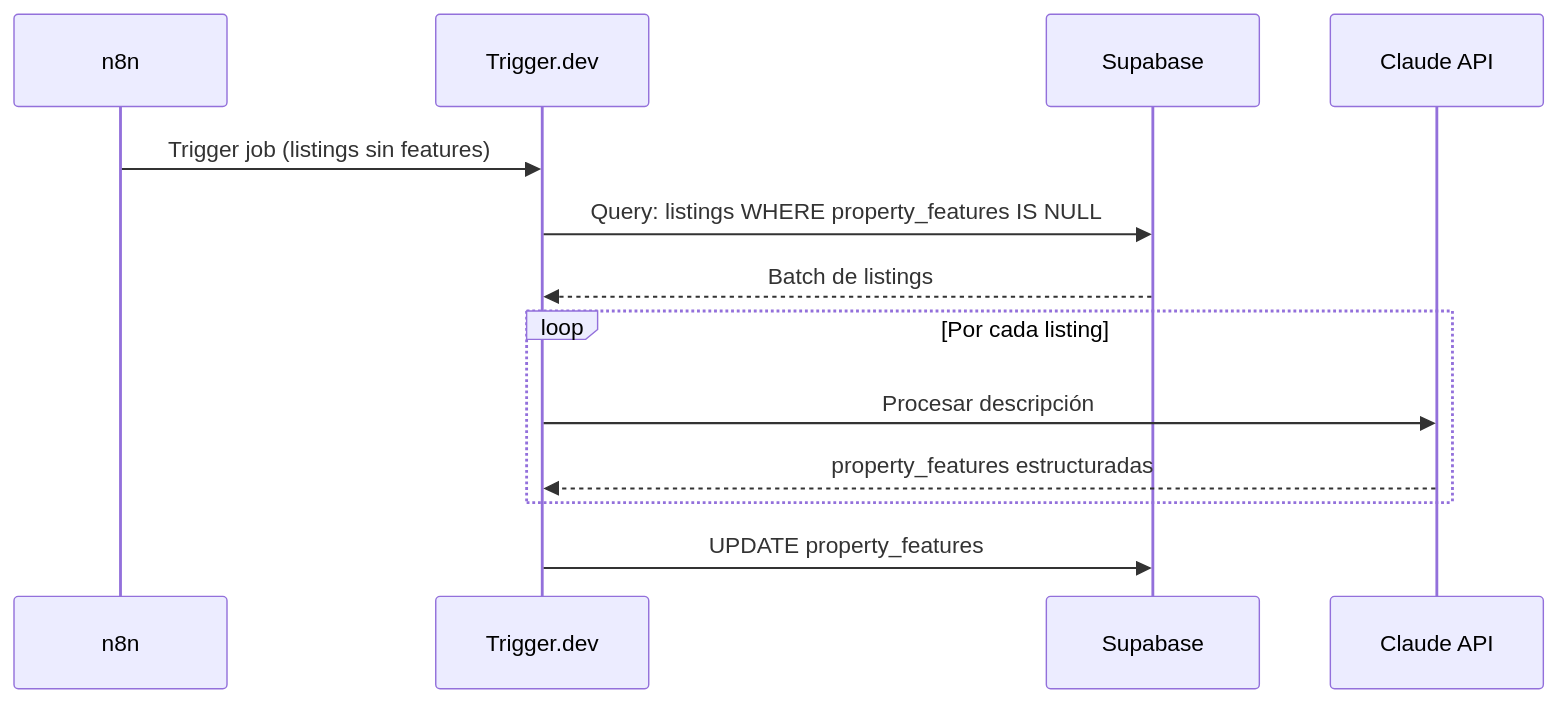
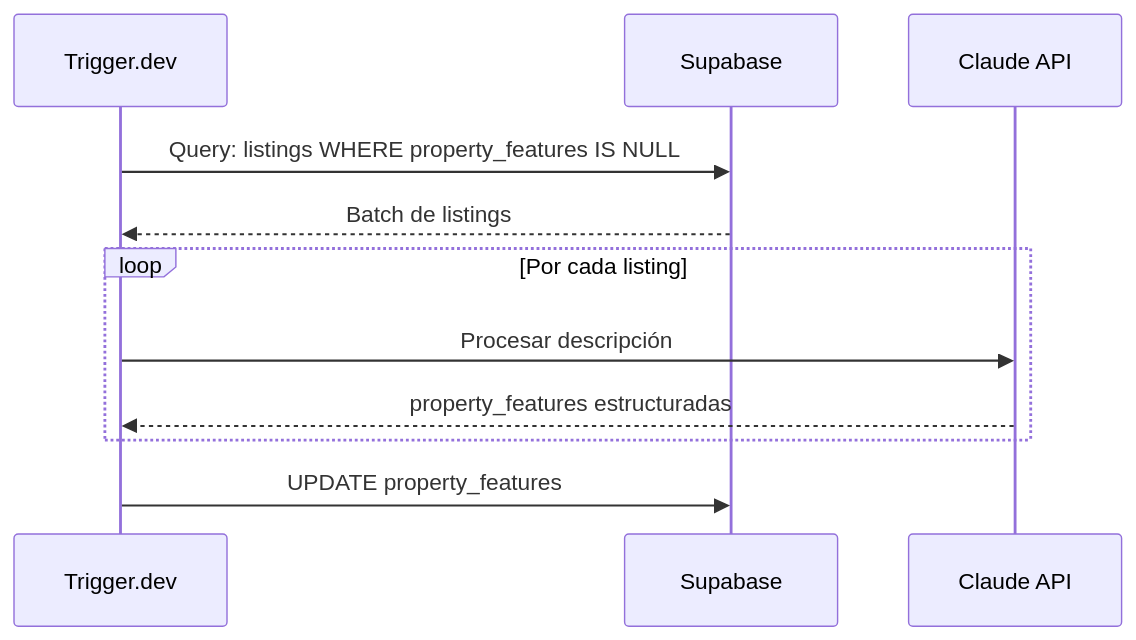
The fourth of 5 diagrams in 02-Architecture/System-Architecture.md (pablo-beiqa/beiqa-real-estate-platform), drawn with Mermaid before and after one commit. The commit also changed other lines of this file and 5 other files, not shown here.

````diff
--- a/02-Architecture/System-Architecture.md
+++ b/02-Architecture/System-Architecture.md
@@ -176,16 +232,14 @@
 ```mermaid
 sequenceDiagram
-    participant n8n
-    participant Trigger as Trigger.dev
+    participant TDev as Trigger.dev
     participant Supabase
     participant Claude as Claude API
 
-    n8n->>Trigger: Trigger job (listings sin features)
-    Trigger->>Supabase: Query: listings WHERE property_features IS NULL
-    Supabase-->>Trigger: Batch de listings
+    TDev->>Supabase: Query: listings WHERE property_features IS NULL
+    Supabase-->>TDev: Batch de listings
     loop Por cada listing
-        Trigger->>Claude: Procesar descripción
-        Claude-->>Trigger: property_features estructuradas
+        TDev->>Claude: Procesar descripción
+        Claude-->>TDev: property_features estructuradas
     end
-    Trigger->>Supabase: UPDATE property_features
+    TDev->>Supabase: UPDATE property_features
 ```
````
